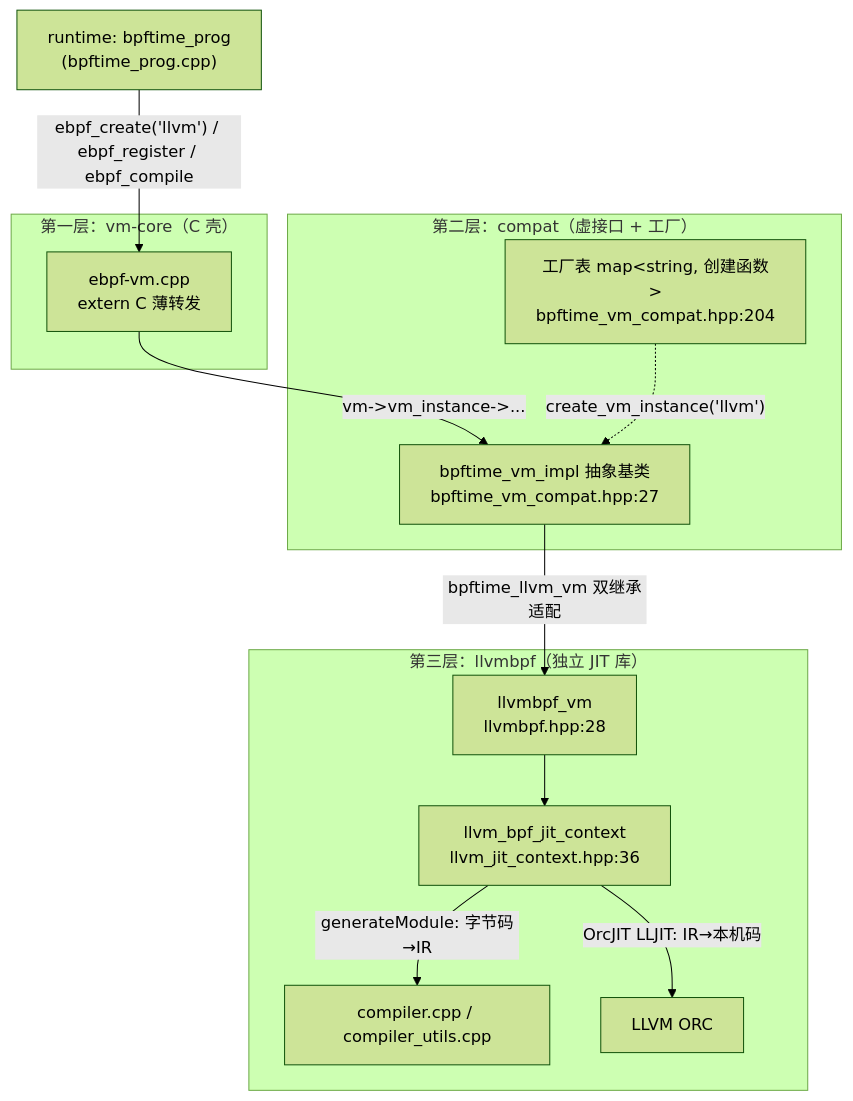
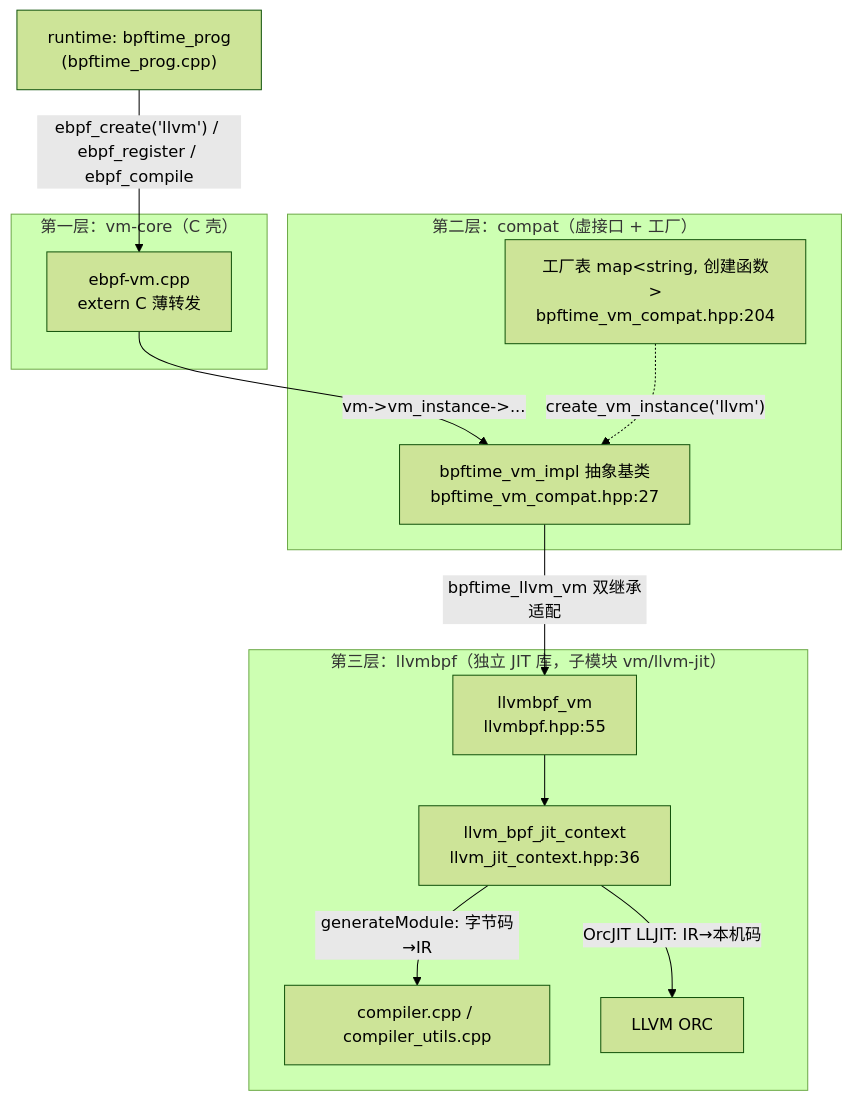
One commit to plsy1/bpftime-benchmark changed the first of 3 diagrams in 05-vm-llvm-jit.md. Above: the diagram before and after it, drawn with Mermaid (forest theme). The commit also changed other lines of this file and 9 other files, not shown here.

````diff
--- a/05-vm-llvm-jit.md
+++ b/05-vm-llvm-jit.md
@@ -13,21 +17,21 @@
 ```mermaid
 graph TD
     RT["runtime: bpftime_prog<br/>(bpftime_prog.cpp)"] -->|"ebpf_create('llvm') / ebpf_register / ebpf_compile"| CORE
     subgraph L1 ["第一层：vm-core（C 壳）"]
         CORE["ebpf-vm.cpp<br/>extern C 薄转发"]
     end
     CORE -->|"vm->vm_instance->..."| COMPAT
     subgraph L2 ["第二层：compat（虚接口 + 工厂）"]
         COMPAT["bpftime_vm_impl 抽象基类<br/>bpftime_vm_compat.hpp:27"]
         FACTORY["工厂表 map&lt;string, 创建函数&gt;<br/>bpftime_vm_compat.hpp:204"]
         FACTORY -.->|"create_vm_instance('llvm')"| COMPAT
     end
     COMPAT -->|"bpftime_llvm_vm 双继承适配"| LLVMBPF
-    subgraph L3 ["第三层：llvmbpf（独立 JIT 库）"]
-        LLVMBPF["llvmbpf_vm<br/>llvmbpf.hpp:28"]
+    subgraph L3 ["第三层：llvmbpf（独立 JIT 库，子模块 vm/llvm-jit）"]
+        LLVMBPF["llvmbpf_vm<br/>llvmbpf.hpp:55"]
         JITCTX["llvm_bpf_jit_context<br/>llvm_jit_context.hpp:36"]
         LLVMBPF --> JITCTX
         JITCTX -->|"generateModule: 字节码→IR"| COMPILER["compiler.cpp / compiler_utils.cpp"]
         JITCTX -->|"OrcJIT LLJIT: IR→本机码"| ORC["LLVM ORC"]
     end
 ```
````
